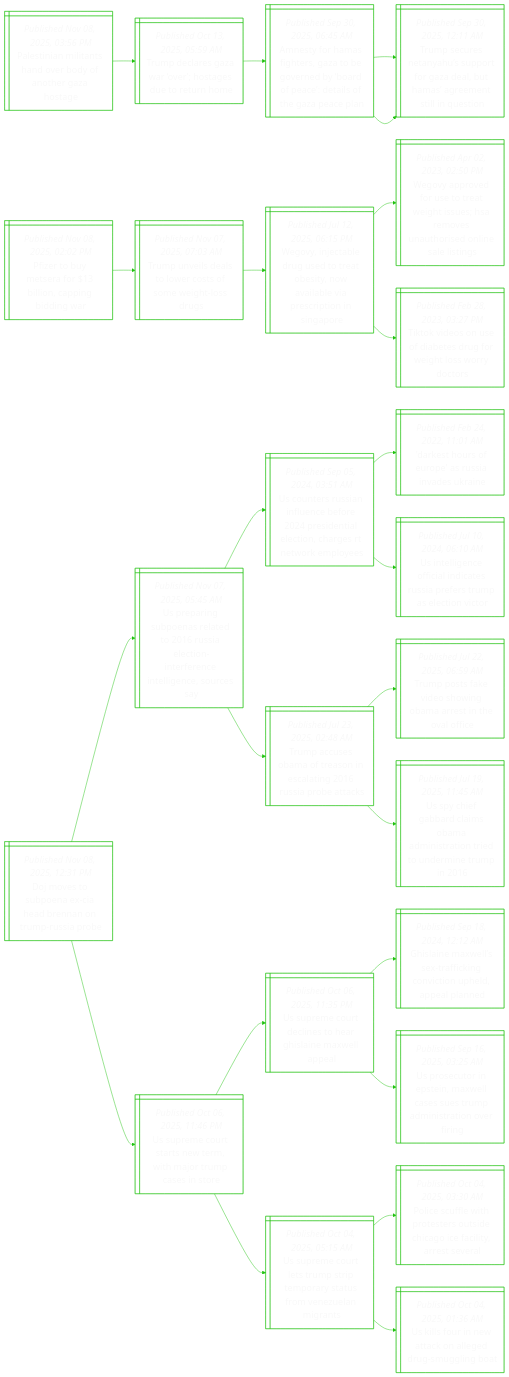
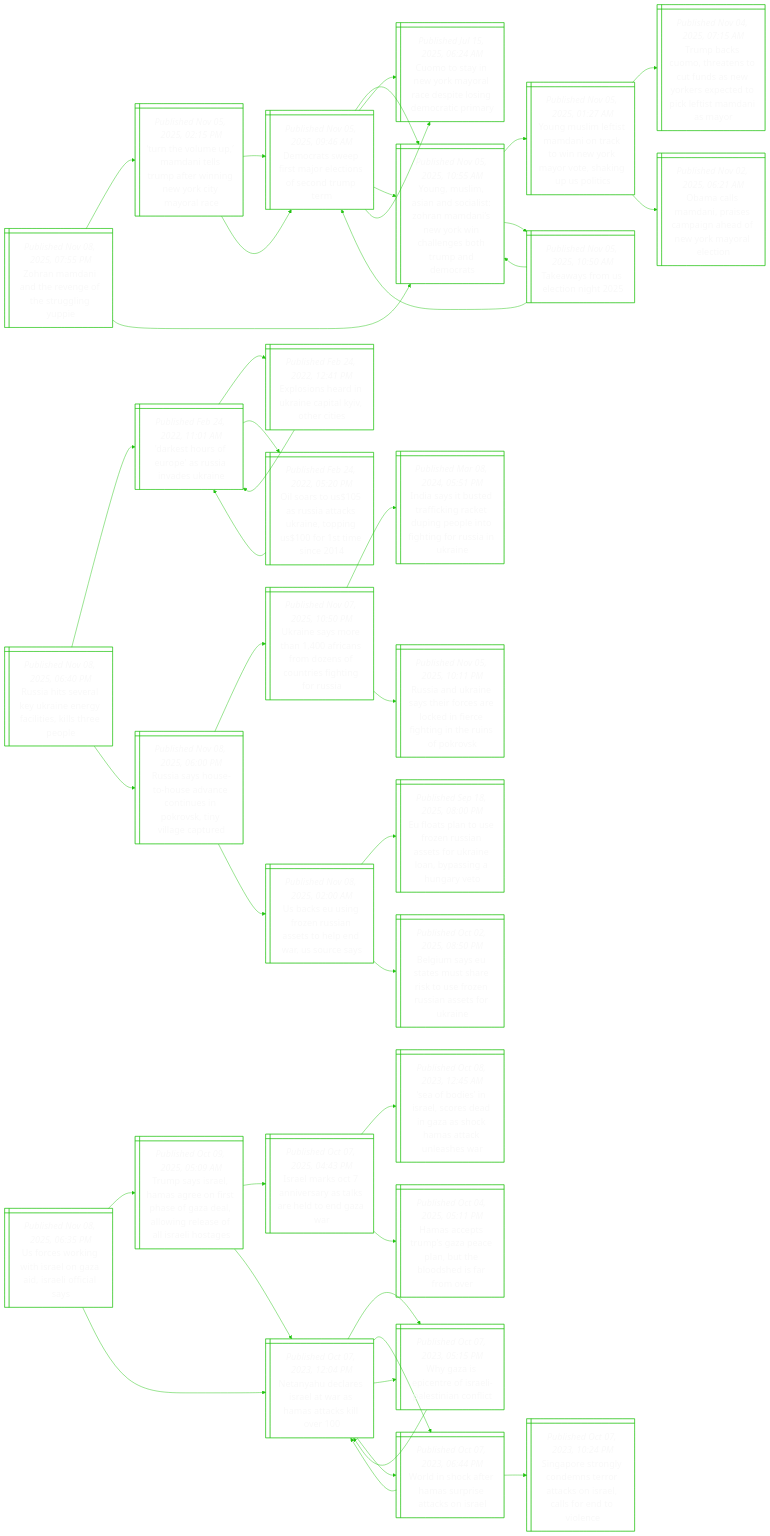
Before and after one commit to notJmes/notJmes: the diagram in README.md, drawn with Mermaid. The commit also changed other lines of this file, not shown here.

````diff
--- a/README.md
+++ b/README.md
@@ -16,82 +16,133 @@
 flowchart LR
 classDef txtsize font-size:20px;
 
-Ptnthvdnrhg@{ shape: win-pane, label: "_Published Nov 08, 2025, 03:56 PM_
-Palestinian militants hand over body of another gaza hostage" }
-Tdrzooetum@{ shape: win-pane, label: "_Published Oct 13, 2025, 05:59 AM_
-Trump declares gaza war ‘over’; hostages due to return home" }
-AtHfezerydatoGel@{ shape: win-pane, label: "_Published Sep 30, 2025, 06:45 AM_
-Amnesty for hamas fighters, gaza to be governed by ‘board of peace’: details of the gaza peace plan" }
-Tseaupoabmrnluo@{ shape: win-pane, label: "_Published Sep 30, 2025, 12:11 AM_
-Trump secures netanyahu’s support for gaza deal, but hamas’ agreement still in question" }
-Tseaupoabmrnluo@{ shape: win-pane, label: "_Published Sep 30, 2025, 12:11 AM_
-Trump secures netanyahu’s support for gaza deal, but hamas’ agreement still in question" }
+Znadeeeggi@{ shape: win-pane, label: "_Published Nov 08, 2025, 07:55 PM_
+Zohran mamdani and the revenge of the struggling yuppie" }
+ThuMnlmenekmae@{ shape: win-pane, label: "_Published Nov 05, 2025, 02:15 PM_
+‘turn the volume up,’ mamdani tells trump after winning new york city mayoral race" }
+Drwialosdp@{ shape: win-pane, label: "_Published Nov 05, 2025, 09:46 AM_
+Democrats sweep first major elections of second trump term" }
+YMmnoihaiYilehpea@{ shape: win-pane, label: "_Published Nov 05, 2025, 10:55 AM_
+Young, muslim, asian and socialist: zohran mamdani’s new york win challenges both trump and democrats" }
+Ctywmaeiseary@{ shape: win-pane, label: "_Published Jul 15, 2025, 06:24 AM_
+Cuomo to stay in new york mayoral race despite losing democratic primary" }
+Drwialosdp@{ shape: win-pane, label: "_Published Nov 05, 2025, 09:46 AM_
+Democrats sweep first major elections of second trump term" }
+YMmnoihaiYilehpea@{ shape: win-pane, label: "_Published Nov 05, 2025, 10:55 AM_
+Young, muslim, asian and socialist: zohran mamdani’s new york win challenges both trump and democrats" }
+Ctywmaeiseary@{ shape: win-pane, label: "_Published Jul 15, 2025, 06:24 AM_
+Cuomo to stay in new york mayoral race despite losing democratic primary" }
+YMmnoihaiYilehpea@{ shape: win-pane, label: "_Published Nov 05, 2025, 10:55 AM_
+Young, muslim, asian and socialist: zohran mamdani’s new york win challenges both trump and democrats" }
+YMmimociYaoauoc@{ shape: win-pane, label: "_Published Nov 05, 2025, 01:27 AM_
+Young muslim leftist mamdani on track to win new york mayor vote, shaking up us politics" }
+TbCttousoscolsdsr@{ shape: win-pane, label: "_Published Nov 04, 2025, 07:15 AM_
+Trump backs cuomo, threatens to cut funds as new yorkers expected to pick leftist mamdani as mayor" }
+OcMniagaekren@{ shape: win-pane, label: "_Published Nov 02, 2025, 06:21 AM_
+Obama calls mamdani, praises campaign ahead of new york mayoral election" }
+Twreig@{ shape: win-pane, label: "_Published Nov 05, 2025, 10:50 AM_
+Takeaways from us election night 2025" }
+YMmnoihaiYilehpea@{ shape: win-pane, label: "_Published Nov 05, 2025, 10:55 AM_
+Young, muslim, asian and socialist: zohran mamdani’s new york win challenges both trump and democrats" }
+Drwialosdp@{ shape: win-pane, label: "_Published Nov 05, 2025, 09:46 AM_
+Democrats sweep first major elections of second trump term" }
 
-Ptnthvdnrhg:::txtsize --> Tdrzooetum:::txtsize
-Tdrzooetum:::txtsize --> AtHfezerydatoGel:::txtsize
-AtHfezerydatoGel:::txtsize --> Tseaupoabmrnluo:::txtsize
-AtHfezerydatoGel:::txtsize --> Tseaupoabmrnluo:::txtsize
+Znadeeeggi:::txtsize --> ThuMnlmenekmae:::txtsize
+ThuMnlmenekmae:::txtsize --> Drwialosdp:::txtsize
+Drwialosdp:::txtsize --> YMmnoihaiYilehpea:::txtsize
+Drwialosdp:::txtsize --> Ctywmaeiseary:::txtsize
+ThuMnlmenekmae:::txtsize --> Drwialosdp:::txtsize
+Drwialosdp:::txtsize --> YMmnoihaiYilehpea:::txtsize
+Drwialosdp:::txtsize --> Ctywmaeiseary:::txtsize
+Znadeeeggi:::txtsize --> YMmnoihaiYilehpea:::txtsize
+YMmnoihaiYilehpea:::txtsize --> YMmimociYaoauoc:::txtsize
+YMmimociYaoauoc:::txtsize --> TbCttousoscolsdsr:::txtsize
+YMmimociYaoauoc:::txtsize --> OcMniagaekren:::txtsize
+YMmnoihaiYilehpea:::txtsize --> Twreig:::txtsize
+Twreig:::txtsize --> YMmnoihaiYilehpea:::txtsize
+Twreig:::txtsize --> Drwialosdp:::txtsize
 
-Pryeripbn@{ shape: win-pane, label: "_Published Nov 08, 2025, 02:02 PM_
-Pfizer to buy metsera for $13 billion, capping bidding war" }
-Tulloofwtd@{ shape: win-pane, label: "_Published Nov 07, 2025, 07:03 AM_
-Trump unveils deals to lower costs of some weight-loss drugs" }
-Wyceuotiwlvepige@{ shape: win-pane, label: "_Published Jul 12, 2025, 06:15 PM_
-Wegovy, injectable drug used to treat obesity, now available via prescription in singapore" }
-WyootagsSonodnei@{ shape: win-pane, label: "_Published Apr 02, 2023, 02:50 PM_
-Wegovy approved for use to treat weight issues; hsa removes unauthorised online sale listings" }
-Tkosiegeloos@{ shape: win-pane, label: "_Published Feb 28, 2023, 03:27 PM_
-Tiktok videos on use of diabetes drug for weight loss worry doctors" }
-
-Pryeripbn:::txtsize --> Tulloofwtd:::txtsize
-Tulloofwtd:::txtsize --> Wyceuotiwlvepige:::txtsize
-Wyceuotiwlvepige:::txtsize --> WyootagsSonodnei:::txtsize
-Wyceuotiwlvepige:::txtsize --> Tkosiegeloos:::txtsize
-
-DvseCannpib@{ shape: win-pane, label: "_Published Nov 08, 2025, 12:31 PM_
-Doj moves to subpoena ex-cia head brennan on trump-russia probe" }
-Upgoreueitrilcra@{ shape: win-pane, label: "_Published Nov 07, 2025, 05:45 AM_
-Us preparing subpoenas related to 2016 russia election-interference intelligence, sources say" }
-UnRalerstlorTope@{ shape: win-pane, label: "_Published Sep 05, 2024, 03:51 AM_
-Us counters russian influence before 2024 presidential election, charges rt network employees" }
+RasaUnrcilro@{ shape: win-pane, label: "_Published Nov 08, 2025, 06:40 PM_
+Russia hits several key ukraine energy facilities, kills three people" }
 DsruasvUn@{ shape: win-pane, label: "_Published Feb 24, 2022, 11:01 AM_
 'darkest hours of europe' as russia invades ukraine" }
-Ueefaisifrsti@{ shape: win-pane, label: "_Published Jul 10, 2024, 06:10 AM_
-Us intelligence official indicates russia prefers trump as election victor" }
-Taemrncisrts@{ shape: win-pane, label: "_Published Jul 23, 2025, 02:48 AM_
-Trump accuses obama of treason in escalating 2016 russia probe attacks" }
-Tpfihgashlc@{ shape: win-pane, label: "_Published Jul 22, 2025, 06:59 AM_
-Trump posts fake video showing obama arrest in the oval office" }
-UcGriamtoeniu@{ shape: win-pane, label: "_Published Jul 19, 2025, 11:45 AM_
-Us spy chief gabbard claims obama administration tried to undermine trump in 2016" }
-Urotnrhrpso@{ shape: win-pane, label: "_Published Oct 06, 2025, 11:46 PM_
-Us supreme court starts new term, with major trump cases in store" }
-Uroeeeinwp@{ shape: win-pane, label: "_Published Oct 06, 2025, 11:35 PM_
-Us supreme court declines to hear ghislaine maxwell appeal" }
-Gaaltiginlea@{ shape: win-pane, label: "_Published Sep 18, 2024, 12:12 AM_
-Ghislaine maxwell’s sex-trafficking conviction upheld, appeal planned" }
-Usopnesemirnfg@{ shape: win-pane, label: "_Published Sep 16, 2025, 03:25 AM_
-Us prosecutor in epstein, maxwell cases sues trump administration over firing" }
-Uroeurmrtoear@{ shape: win-pane, label: "_Published Oct 04, 2025, 05:15 AM_
-Us supreme court lets trump strip temporary status from venezuelan migrants" }
-Pefttrshoatev@{ shape: win-pane, label: "_Published Oct 04, 2025, 03:30 AM_
-Police scuffle with protesters outside chicago ice facility, arrest several" }
-Ulrwcldslo@{ shape: win-pane, label: "_Published Oct 04, 2025, 01:36 AM_
-Us kills four in new attack on alleged drug-smuggling boat" }
+Eshiaalocs@{ shape: win-pane, label: "_Published Feb 24, 2022, 12:41 PM_
+Explosions heard in ukraine capital kyiv, other cities" }
+DsruasvUn@{ shape: win-pane, label: "_Published Feb 24, 2022, 11:01 AM_
+'darkest hours of europe' as russia invades ukraine" }
+OaUuakaogrmc@{ shape: win-pane, label: "_Published Feb 24, 2022, 05:20 PM_
+Oil soars to us$105 as russia attacks ukraine, topping us$100 for 1st time since 2014" }
+DsruasvUn@{ shape: win-pane, label: "_Published Feb 24, 2022, 11:01 AM_
+'darkest hours of europe' as russia invades ukraine" }
+RahtsaouPvnlae@{ shape: win-pane, label: "_Published Nov 08, 2025, 06:00 PM_
+Russia says house-to-house advance continues in pokrovsk, tiny village captured" }
+Unstfnmnoiggu@{ shape: win-pane, label: "_Published Nov 07, 2025, 10:50 PM_
+Ukraine says more than 1,400 africans from dozens of countries fighting for russia" }
+Isteficupefirike@{ shape: win-pane, label: "_Published Mar 08, 2024, 05:51 PM_
+India says it busted trafficking racket duping people into fighting for russia in ukraine" }
+Raketfsoirggeskk@{ shape: win-pane, label: "_Published Nov 05, 2025, 10:11 PM_
+Russia and ukraine says their forces are locked in fierce fighting in the ruins of pokrovsk" }
+UksrRaehnUry@{ shape: win-pane, label: "_Published Nov 08, 2025, 02:00 AM_
+Us backs eu using frozen russian assets to help end war, us source says" }
+EaaszsaskebsHro@{ shape: win-pane, label: "_Published Sep 18, 2025, 08:00 PM_
+Eu floats plan to use frozen russian assets for ukraine loan, bypassing a hungary veto" }
+Busauasszsaske@{ shape: win-pane, label: "_Published Oct 02, 2025, 08:50 PM_
+Belgium says eu states must share risk to use frozen russian assets for ukraine" }
 
-DvseCannpib:::txtsize --> Upgoreueitrilcra:::txtsize
-Upgoreueitrilcra:::txtsize --> UnRalerstlorTope:::txtsize
-UnRalerstlorTope:::txtsize --> DsruasvUn:::txtsize
-UnRalerstlorTope:::txtsize --> Ueefaisifrsti:::txtsize
-Upgoreueitrilcra:::txtsize --> Taemrncisrts:::txtsize
-Taemrncisrts:::txtsize --> Tpfihgashlc:::txtsize
-Taemrncisrts:::txtsize --> UcGriamtoeniu:::txtsize
-DvseCannpib:::txtsize --> Urotnrhrpso:::txtsize
-Urotnrhrpso:::txtsize --> Uroeeeinwp:::txtsize
-Uroeeeinwp:::txtsize --> Gaaltiginlea:::txtsize
-Uroeeeinwp:::txtsize --> Usopnesemirnfg:::txtsize
-Urotnrhrpso:::txtsize --> Uroeurmrtoear:::txtsize
-Uroeurmrtoear:::txtsize --> Pefttrshoatev:::txtsize
-Uroeurmrtoear:::txtsize --> Ulrwcldslo:::txtsize
+RasaUnrcilro:::txtsize --> DsruasvUn:::txtsize
+DsruasvUn:::txtsize --> Eshiaalocs:::txtsize
+Eshiaalocs:::txtsize --> DsruasvUn:::txtsize
+DsruasvUn:::txtsize --> OaUuakaogrmc:::txtsize
+OaUuakaogrmc:::txtsize --> DsruasvUn:::txtsize
+RasaUnrcilro:::txtsize --> RahtsaouPvnlae:::txtsize
+RahtsaouPvnlae:::txtsize --> Unstfnmnoiggu:::txtsize
+Unstfnmnoiggu:::txtsize --> Isteficupefirike:::txtsize
+Unstfnmnoiggu:::txtsize --> Raketfsoirggeskk:::txtsize
+RahtsaouPvnlae:::txtsize --> UksrRaehnUry:::txtsize
+UksrRaehnUry:::txtsize --> EaaszsaskebsHro:::txtsize
+UksrRaehnUry:::txtsize --> Busauasszsaske:::txtsize
+
+Ucrwsoasica@{ shape: win-pane, label: "_Published Nov 08, 2025, 06:35 PM_
+Us forces working with israel on gaza aid, israeli official says" }
+TssHaossaaorslaoe@{ shape: win-pane, label: "_Published Oct 09, 2025, 05:09 AM_
+Trump says israel, hamas agree on first phase of gaza deal, allowing release of all israeli hostages" }
+Ilsnrakhoar@{ shape: win-pane, label: "_Published Oct 07, 2025, 04:43 PM_
+Israel marks oct 7 anniversary as talks are held to end gaza war" }
+Sbsrcdnacaale@{ shape: win-pane, label: "_Published Oct 08, 2023, 12:45 AM_
+‘sea of bodies’ in israel, scores dead in gaza as shock hamas attack unleashes war" }
+Hatmzcnhodro@{ shape: win-pane, label: "_Published Oct 04, 2025, 05:11 PM_
+Hamas accepts trump’s gaza peace plan, but the bloodshed is far from over" }
+NyeeawHakl@{ shape: win-pane, label: "_Published Oct 07, 2023, 12:04 PM_
+Netanyahu declares israel at war as hamas attacks kill over 100" }
+WzptIleint@{ shape: win-pane, label: "_Published Oct 07, 2023, 05:15 PM_
+Why gaza is epicentre of israeli-palestinian conflict" }
+Wiceapaks@{ shape: win-pane, label: "_Published Oct 07, 2023, 06:44 PM_
+World in shock after hamas surprise attacks on israel" }
+NyeeawHakl@{ shape: win-pane, label: "_Published Oct 07, 2023, 12:04 PM_
+Netanyahu declares israel at war as hamas attacks kill over 100" }
+WzptIleint@{ shape: win-pane, label: "_Published Oct 07, 2023, 05:15 PM_
+Why gaza is epicentre of israeli-palestinian conflict" }
+NyeeawHakl@{ shape: win-pane, label: "_Published Oct 07, 2023, 12:04 PM_
+Netanyahu declares israel at war as hamas attacks kill over 100" }
+Wiceapaks@{ shape: win-pane, label: "_Published Oct 07, 2023, 06:44 PM_
+World in shock after hamas surprise attacks on israel" }
+NyeeawHakl@{ shape: win-pane, label: "_Published Oct 07, 2023, 12:04 PM_
+Netanyahu declares israel at war as hamas attacks kill over 100" }
+SptldtrcIlsnic@{ shape: win-pane, label: "_Published Oct 07, 2023, 10:24 PM_
+Singapore strongly condemns terror attacks on israel, calls for end to violence" }
+
+Ucrwsoasica:::txtsize --> TssHaossaaorslaoe:::txtsize
+TssHaossaaorslaoe:::txtsize --> Ilsnrakhoar:::txtsize
+Ilsnrakhoar:::txtsize --> Sbsrcdnacaale:::txtsize
+Ilsnrakhoar:::txtsize --> Hatmzcnhodro:::txtsize
+TssHaossaaorslaoe:::txtsize --> NyeeawHakl:::txtsize
+NyeeawHakl:::txtsize --> WzptIleint:::txtsize
+NyeeawHakl:::txtsize --> Wiceapaks:::txtsize
+Ucrwsoasica:::txtsize --> NyeeawHakl:::txtsize
+NyeeawHakl:::txtsize --> WzptIleint:::txtsize
+WzptIleint:::txtsize --> NyeeawHakl:::txtsize
+NyeeawHakl:::txtsize --> Wiceapaks:::txtsize
+Wiceapaks:::txtsize --> NyeeawHakl:::txtsize
+Wiceapaks:::txtsize --> SptldtrcIlsnic:::txtsize
 
 ```
````
